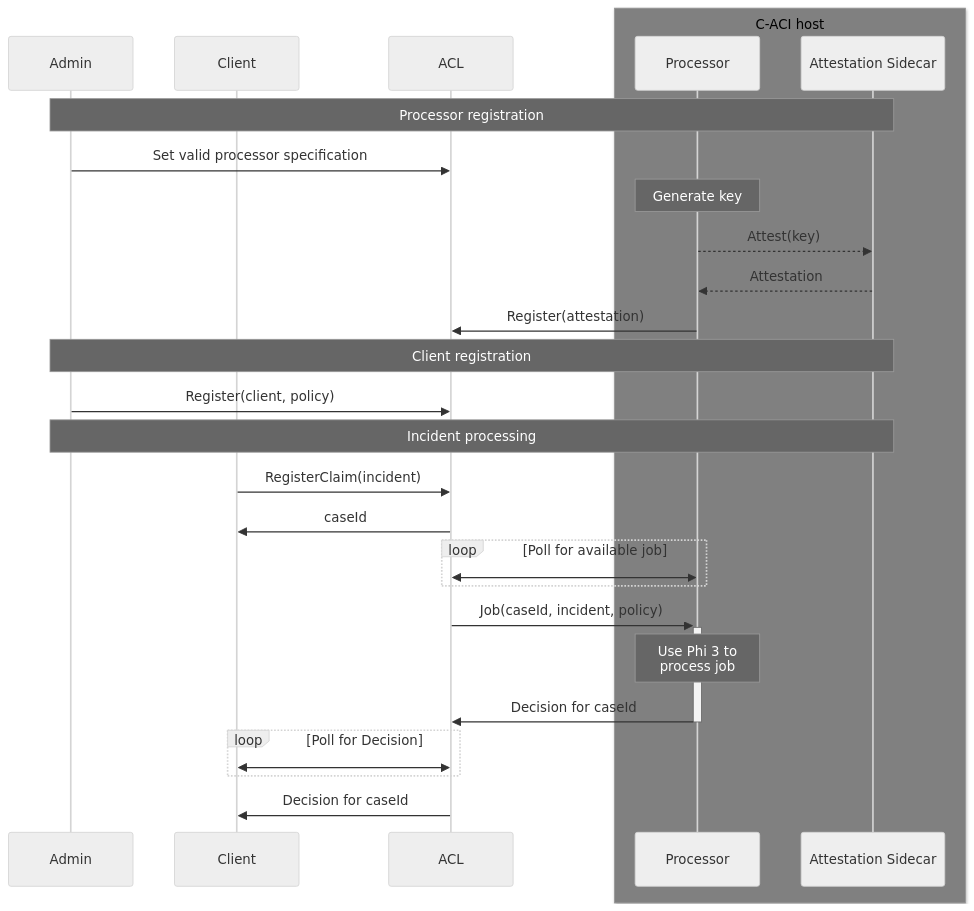
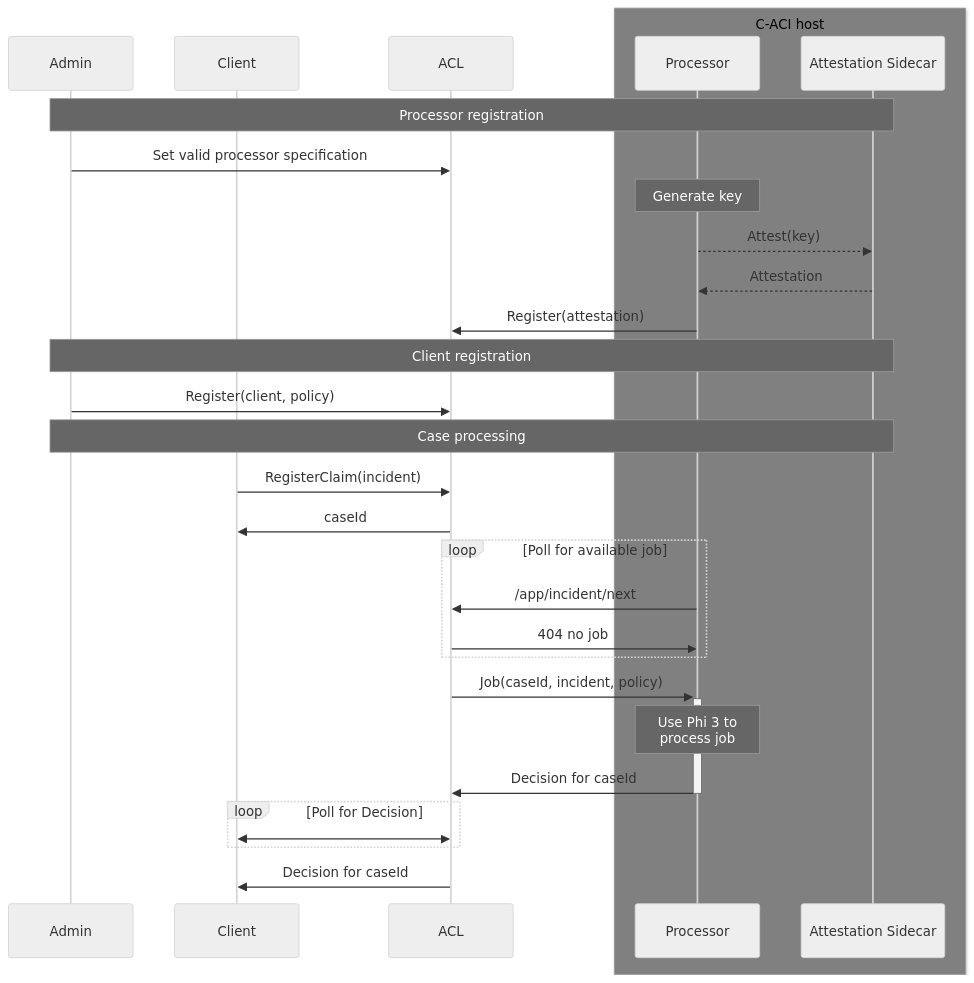
One commit to microsoft/azureconfidentialledger-app-samples changed the diagram in insurance-app/README.md. Above: the diagram before and after it, drawn with Mermaid (neutral theme). The commit also changed 13 other files, not shown here.

````diff
--- a/insurance-app/README.md
+++ b/insurance-app/README.md
@@ -10,44 +10,42 @@
 ```mermaid
 sequenceDiagram
   participant Admin
   participant C as Client
   participant A as ACL
 
   box Gray C-ACI host
     participant P as Processor
     participant S as Attestation Sidecar
   end
 
   note over Admin,S: Processor registration 
 
   Admin ->> A: Set valid processor specification
 
   note over P: Generate key
   P -->> S: Attest(key)
   S -->> P: Attestation
   P ->> A: Register(attestation)
 
   note over Admin, S: Client registration
 
   Admin ->> A: Register(client, policy)
 
-  note over Admin, S: Incident processing
+  note over Admin, S: Case processing
 
   C ->> A: RegisterClaim(incident)
   A ->> C: caseId
 
-
-
-
   loop Poll for available job
-  P <<->> A: 
+  P ->> A: /app/incident/next
+  A ->> P: 404 no job
   end
   A ->>+ P: Job(caseId, incident, policy)
   note over P: Use Phi 3 to<br>process job
   P ->>-A: Decision for caseId
   
   loop Poll for Decision
   C <<->> A: 
   end
   A ->> C: Decision for caseId
 ```
````
